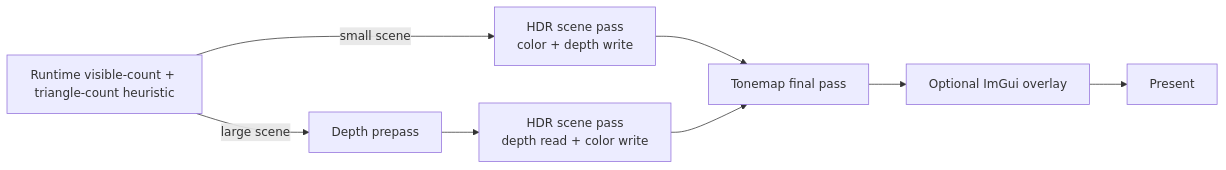
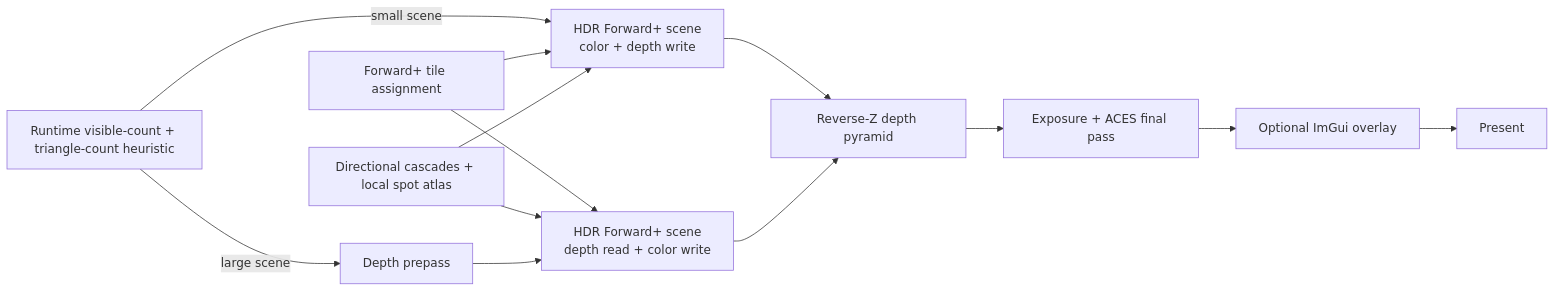
One commit to ck0i/VolkEngine changed the diagram in docs/topics/renderer-pipeline.md. Above: the diagram before and after it, drawn with Mermaid. The commit also changed other lines of this file and 39 other files, not shown here.

````diff
--- a/docs/topics/renderer-pipeline.md
+++ b/docs/topics/renderer-pipeline.md
@@ -62,10 +64,15 @@
 ```mermaid
 flowchart LR
-    Decide[Runtime visible-count + triangle-count heuristic] -->|small scene| Scene[HDR scene pass\ncolor + depth write]
+    Decide[Runtime visible-count + triangle-count heuristic] -->|small scene| Scene[HDR Forward+ scene\ncolor + depth write]
     Decide -->|large scene| Depth[Depth prepass]
-    Depth --> ScenePre[HDR scene pass\ndepth read + color write]
-    Scene --> Tonemap[Tonemap final pass]
-    ScenePre --> Tonemap
+    Lights[Forward+ tile assignment] --> Scene
+    Lights --> ScenePre
+    Shadows[Directional cascades + local spot atlas] --> Scene
+    Shadows --> ScenePre
+    Depth --> ScenePre[HDR Forward+ scene\ndepth read + color write]
+    Scene --> HiZ[Reverse-Z depth pyramid]
+    ScenePre --> HiZ
+    HiZ --> Tonemap[Exposure + ACES final pass]
     Tonemap --> ImGui[Optional ImGui overlay]
     ImGui --> Present[Present]
 ```
````
